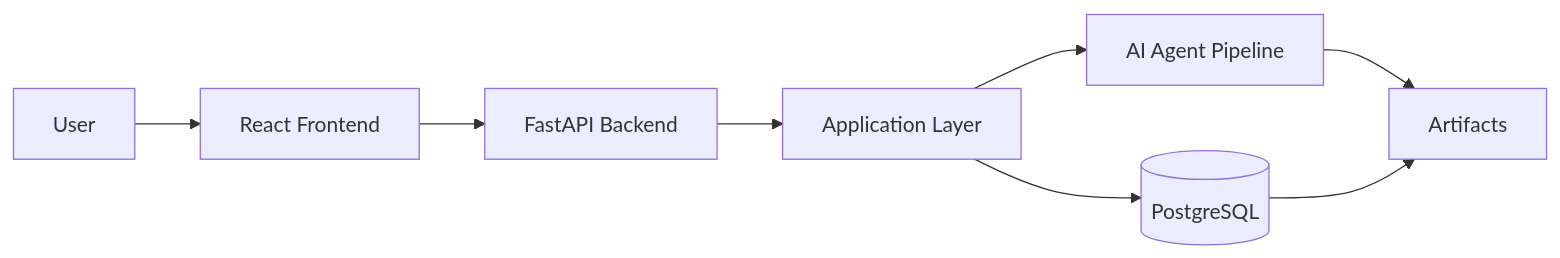
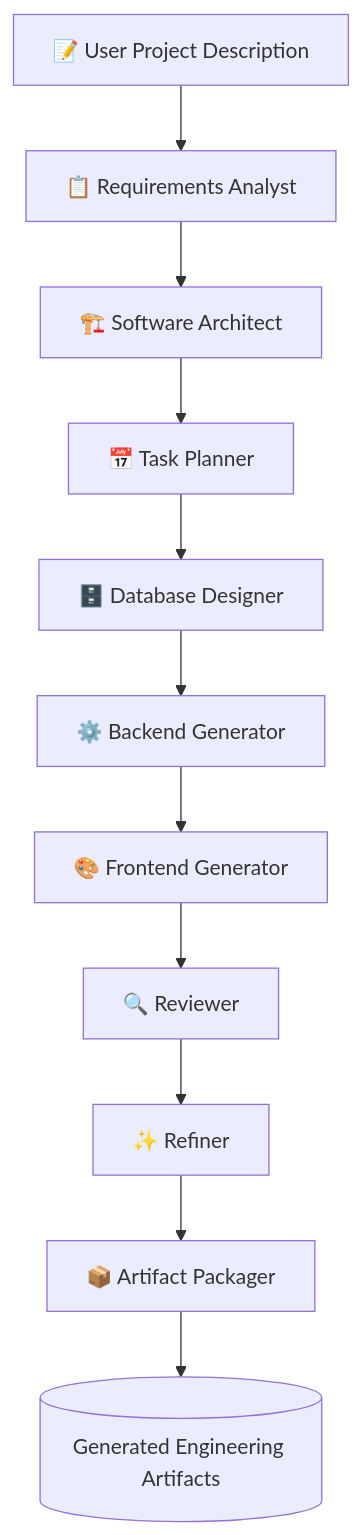
One commit to Ayushrana1704/ForgeAI changed the first of 4 diagrams in README.md. Above: the diagram before and after it, drawn with Mermaid. The commit also changed other lines of this file, not shown here.

Commit message:
docs: add comprehensive project documentation

````diff
--- a/README.md
+++ b/README.md
@@ -292,31 +169,25 @@
 ```mermaid
-flowchart LR
+flowchart TD
 
-A[User]
+A[📝 User Project Description]
 
-B[React Frontend]
+A --> B[📋 Requirements Analyst]
 
-C[FastAPI Backend]
+B --> C[🏗️ Software Architect]
 
-D[Application Layer]
+C --> D[📅 Task Planner]
 
-E[AI Agent Pipeline]
+D --> E[🗄️ Database Designer]
 
-F[(PostgreSQL)]
+E --> F[⚙️ Backend Generator]
 
-G[Artifacts]
+F --> G[🎨 Frontend Generator]
 
-A --> B
+G --> H[🔍 Reviewer]
 
-B --> C
+H --> I[✨ Refiner]
 
-C --> D
+I --> J[📦 Artifact Packager]
 
-D --> E
-
-D --> F
-
-E --> G
-
-F --> G
+J --> K[(Generated Engineering Artifacts)]
 ```
````
